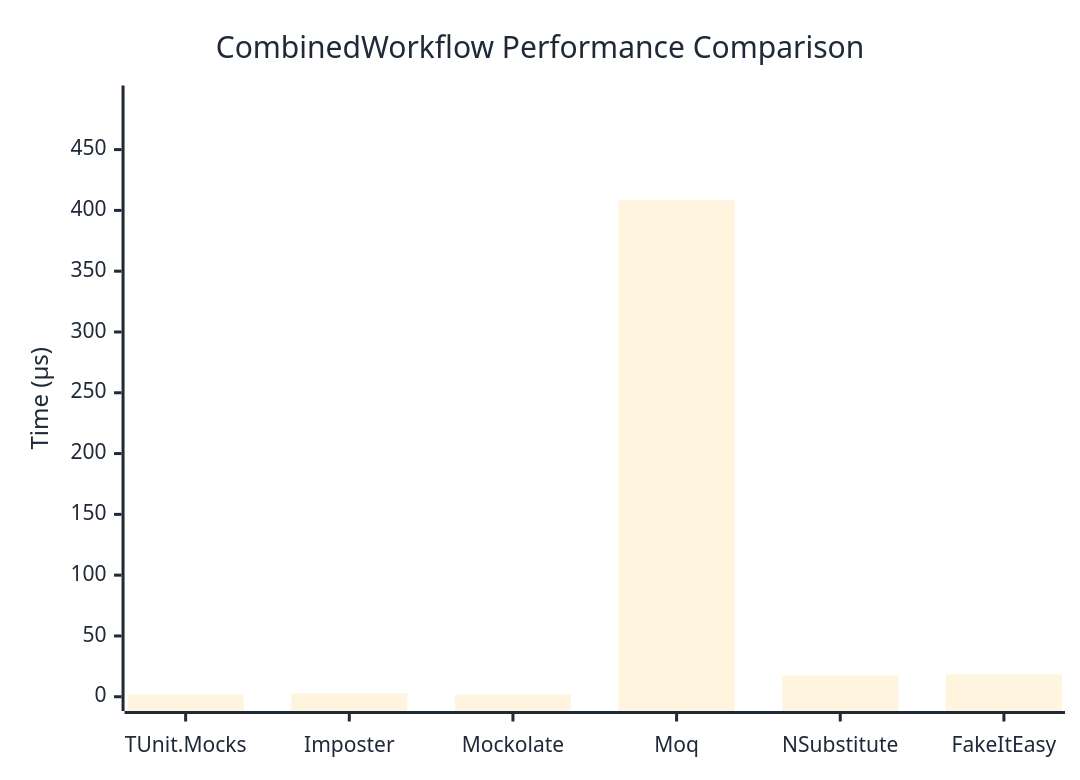
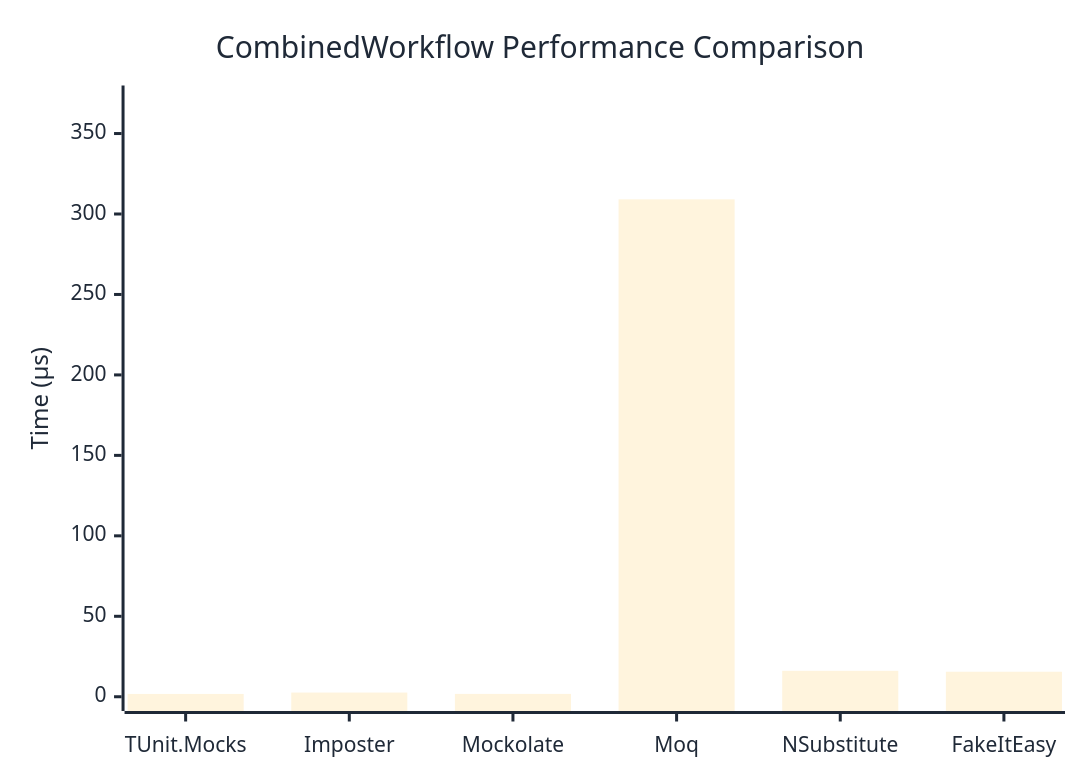
One commit to thomhurst/TUnit changed the diagram in docs/docs/benchmarks/mocks/CombinedWorkflow.md. Above: the diagram before and after it, drawn with Mermaid. The commit also changed other lines of this file and 14 other files, not shown here.

````diff
--- a/docs/docs/benchmarks/mocks/CombinedWorkflow.md
+++ b/docs/docs/benchmarks/mocks/CombinedWorkflow.md
@@ -28,27 +28,27 @@
 ```mermaid
 %%{init: {
   'theme':'base',
   'themeVariables': {
     'primaryColor': '#2563eb',
     'primaryTextColor': '#1f2937',
     'primaryBorderColor': '#1e40af',
     'lineColor': '#6b7280',
     'secondaryColor': '#7c3aed',
     'tertiaryColor': '#dc2626',
     'background': '#ffffff',
     'pie1': '#2563eb',
     'pie2': '#7c3aed',
     'pie3': '#dc2626',
     'pie4': '#f59e0b',
     'pie5': '#10b981',
     'pie6': '#06b6d4',
     'pie7': '#ec4899',
     'pie8': '#6366f1'
   }
 }}%%
 xychart-beta
   title "CombinedWorkflow Performance Comparison"
   x-axis ["TUnit.Mocks", "Imposter", "Mockolate", "Moq", "NSubstitute", "FakeItEasy"]
-  y-axis "Time (μs)" 0 --> 491
-  bar [1.807, 2.848, 1.712, 408.613, 17.499, 18.553]
+  y-axis "Time (μs)" 0 --> 371
+  bar [1.757, 2.604, 1.772, 309.112, 16.12, 15.538]
 ```
````
